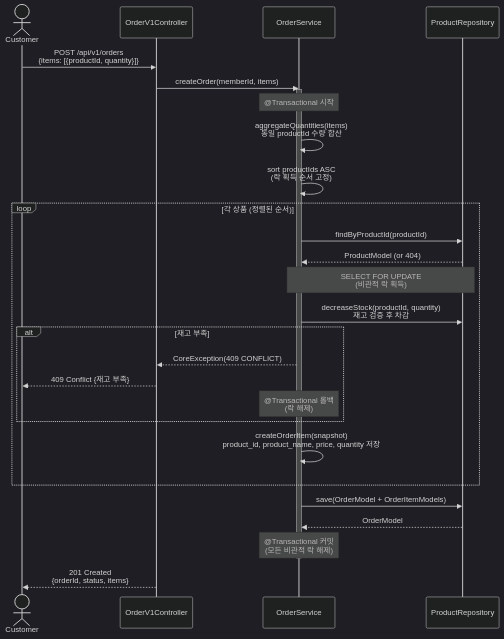
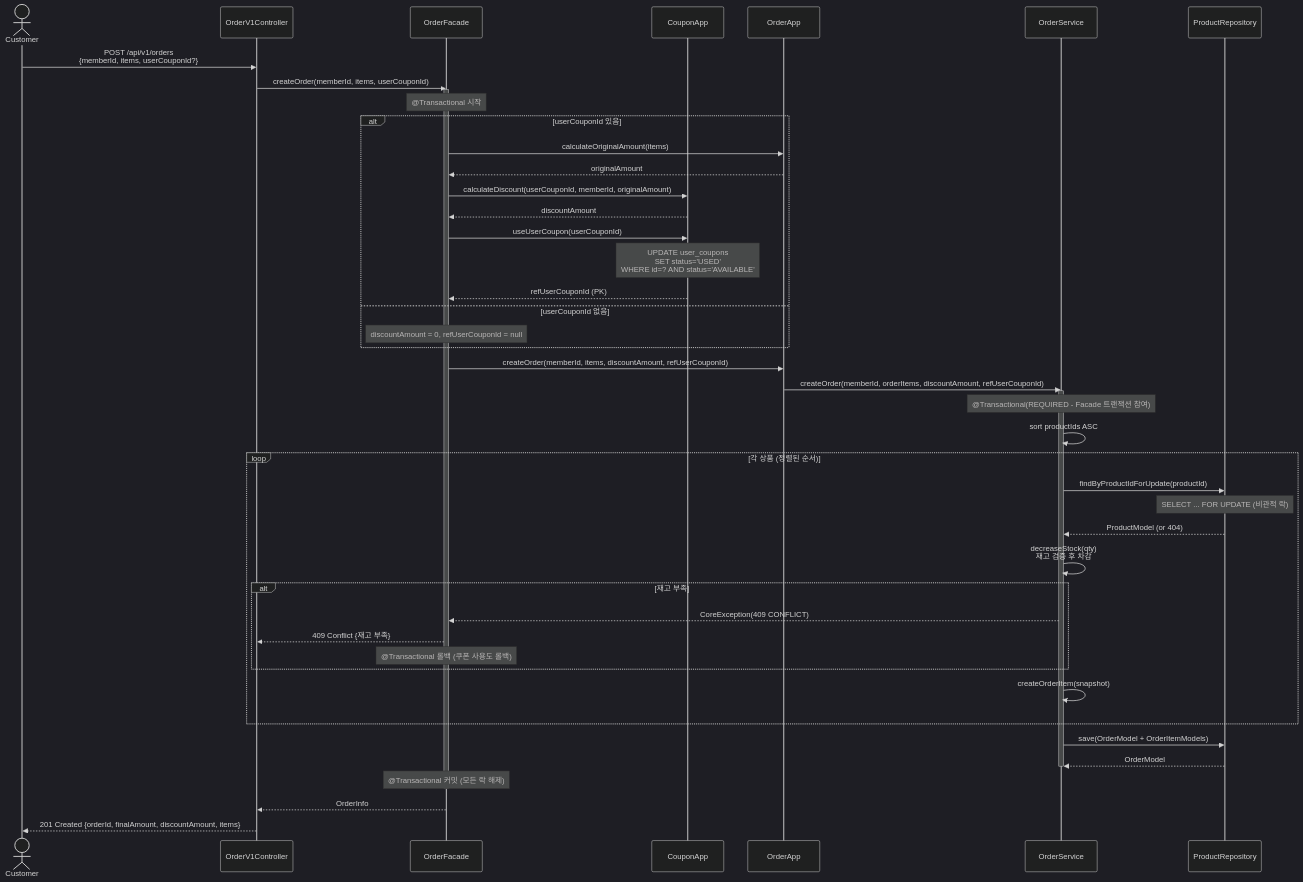
Before and after one commit to YoHanKi/loop-pack-be-l2-vol3-java: the first of 6 diagrams in docs/design/02-sequence-diagrams.md, drawn with Mermaid (dark theme). The commit also changed other lines of this file and 31 other files, not shown here.

````diff
--- a/docs/design/02-sequence-diagrams.md
+++ b/docs/design/02-sequence-diagrams.md
@@ -32,45 +35,70 @@
 ```mermaid
 sequenceDiagram
     actor Customer
     participant Controller as OrderV1Controller
+    participant Facade as OrderFacade
+    participant CouponApp as CouponApp
+    participant OrderApp as OrderApp
     participant OrderService as OrderService
     participant ProductRepo as ProductRepository
 
-    Customer->>Controller: POST /api/v1/orders<br/>{items: [{productId, quantity}]}
-    Controller->>OrderService: createOrder(memberId, items)
+    Customer->>Controller: POST /api/v1/orders<br/>{memberId, items, userCouponId?}
+    Controller->>Facade: createOrder(memberId, items, userCouponId)
+
+    activate Facade
+    Note over Facade: @Transactional 시작
+
+    alt userCouponId 있음
+        %% 1. 원래 주문금액 계산 (재고 차감 전)
+        Facade->>OrderApp: calculateOriginalAmount(items)
+        OrderApp-->>Facade: originalAmount
+
+        %% 2. 할인 금액 계산 (소유권 + 상태 + 최소금액 검증)
+        Facade->>CouponApp: calculateDiscount(userCouponId, memberId, originalAmount)
+        CouponApp-->>Facade: discountAmount
+
+        %% 3. 쿠폰 사용 처리 (조건부 UPDATE → PK 반환)
+        Facade->>CouponApp: useUserCoupon(userCouponId)
+        Note over CouponApp: UPDATE user_coupons<br/>SET status='USED'<br/>WHERE id=? AND status='AVAILABLE'
+        CouponApp-->>Facade: refUserCouponId (PK)
+    else userCouponId 없음
+        Note over Facade: discountAmount = 0, refUserCouponId = null
+    end
+
+    %% 4. 주문 생성 (재고 차감 + 스냅샷 저장)
+    Facade->>OrderApp: createOrder(memberId, items, discountAmount, refUserCouponId)
+    OrderApp->>OrderService: createOrder(memberId, orderItems, discountAmount, refUserCouponId)
 
     activate OrderService
-    Note over OrderService: @Transactional 시작
+    Note over OrderService: @Transactional(REQUIRED - Facade 트랜잭션 참여)
 
-    %% 1. 중복 상품 합산
-    OrderService->>OrderService: aggregateQuantities(items)<br/>동일 productId 수량 합산
+    %% productId 오름차순 정렬 (데드락 방지)
+    OrderService->>OrderService: sort productIds ASC
 
-    %% 2. productId 오름차순 정렬 (데드락 방지)
-    OrderService->>OrderService: sort productIds ASC<br/>(락 획득 순서 고정)
-
-    %% 3. 상품 조회 + 비관적 락 + 재고 차감
     loop 각 상품 (정렬된 순서)
-        OrderService->>ProductRepo: findByProductId(productId)
+        OrderService->>ProductRepo: findByProductIdForUpdate(productId)
+        Note over ProductRepo: SELECT ... FOR UPDATE (비관적 락)
         ProductRepo-->>OrderService: ProductModel (or 404)
 
-        Note over OrderService,ProductRepo: SELECT FOR UPDATE<br/>(비관적 락 획득)
-        OrderService->>ProductRepo: decreaseStock(productId, quantity)<br/>재고 검증 후 차감
+        OrderService->>OrderService: decreaseStock(qty)<br/>재고 검증 후 차감
 
         alt 재고 부족
-            OrderService-->>Controller: CoreException(409 CONFLICT)
-            Controller-->>Customer: 409 Conflict {재고 부족}
-            Note over OrderService: @Transactional 롤백<br/>(락 해제)
+            OrderService-->>Facade: CoreException(409 CONFLICT)
+            Facade-->>Controller: 409 Conflict {재고 부족}
+            Note over Facade: @Transactional 롤백 (쿠폰 사용도 롤백)
         end
 
-        OrderService->>OrderService: createOrderItem(snapshot)<br/>product_id, product_name, price, quantity 저장
+        OrderService->>OrderService: createOrderItem(snapshot)
     end
 
-    %% 4. 주문 저장
     OrderService->>ProductRepo: save(OrderModel + OrderItemModels)
     ProductRepo-->>OrderService: OrderModel
 
-    Note over OrderService: @Transactional 커밋<br/>(모든 비관적 락 해제)
     deactivate OrderService
 
-    Controller-->>Customer: 201 Created<br/>{orderId, status, items}
+    Note over Facade: @Transactional 커밋 (모든 락 해제)
+    deactivate Facade
+
+    Facade-->>Controller: OrderInfo
+    Controller-->>Customer: 201 Created {orderId, finalAmount, discountAmount, items}
 ```
````
